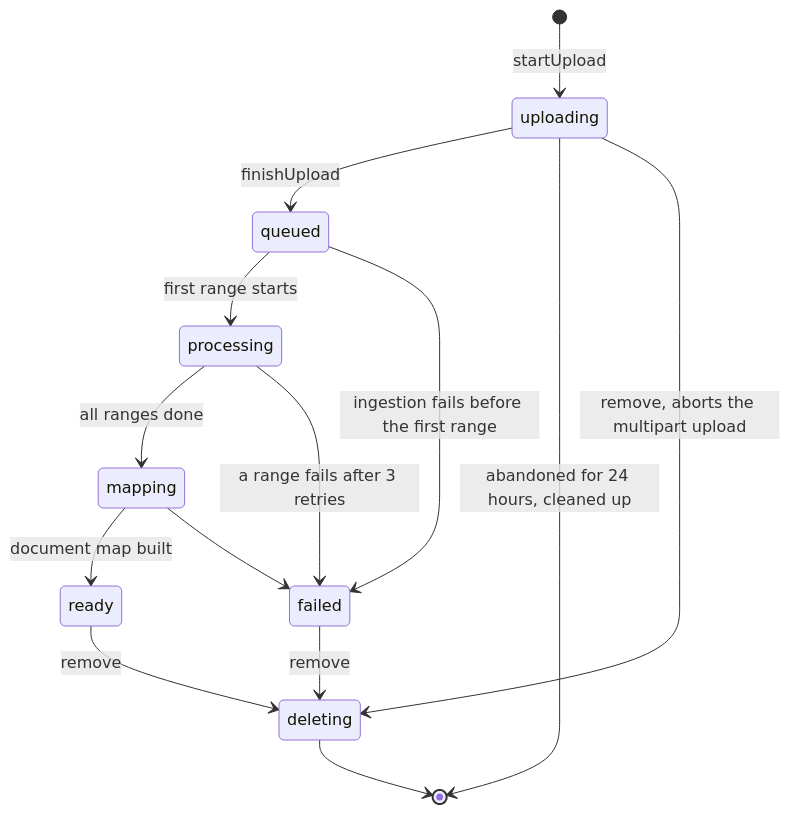
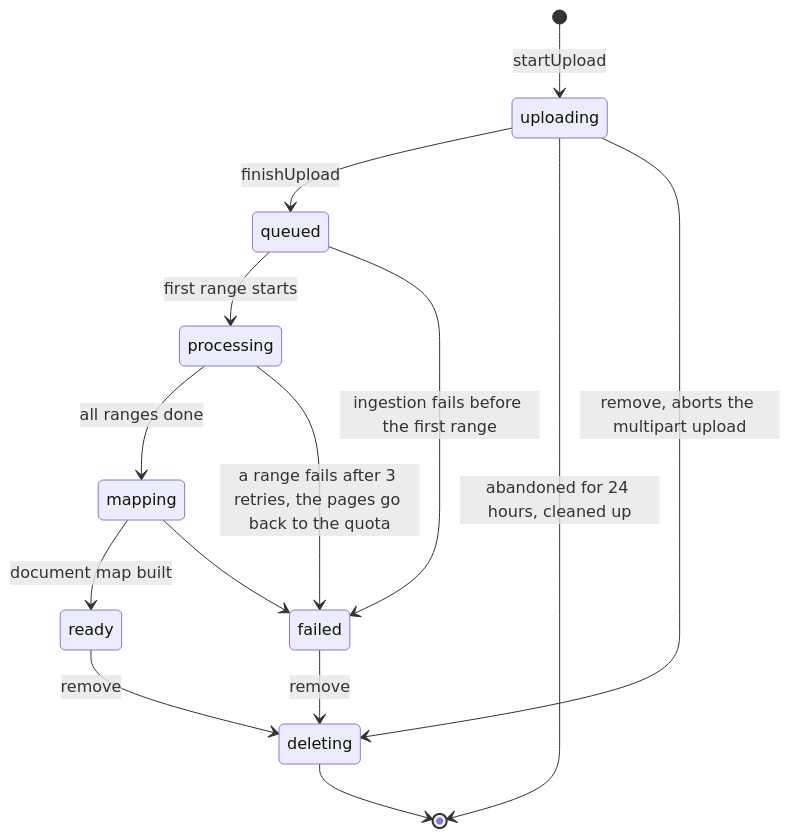
One commit to cleitonbalonekr/consta changed the second of 2 diagrams in docs/architecture.md. Above: the diagram before and after it, drawn with Mermaid. The commit also changed other lines of this file and 69 other files, not shown here.

````diff
--- a/docs/architecture.md
+++ b/docs/architecture.md
@@ -203,16 +219,16 @@
 ```mermaid
 stateDiagram-v2
   [*] --> uploading: startUpload
   uploading --> queued: finishUpload
   uploading --> [*]: abandoned for 24 hours, cleaned up
   queued --> processing: first range starts
   processing --> mapping: all ranges done
   mapping --> ready: document map built
   queued --> failed: ingestion fails before the first range
-  processing --> failed: a range fails after 3 retries
+  processing --> failed: a range fails after 3 retries, the pages go back to the quota
   mapping --> failed
   uploading --> deleting: remove, aborts the multipart upload
   ready --> deleting: remove
   failed --> deleting: remove
   deleting --> [*]
 ```
````
